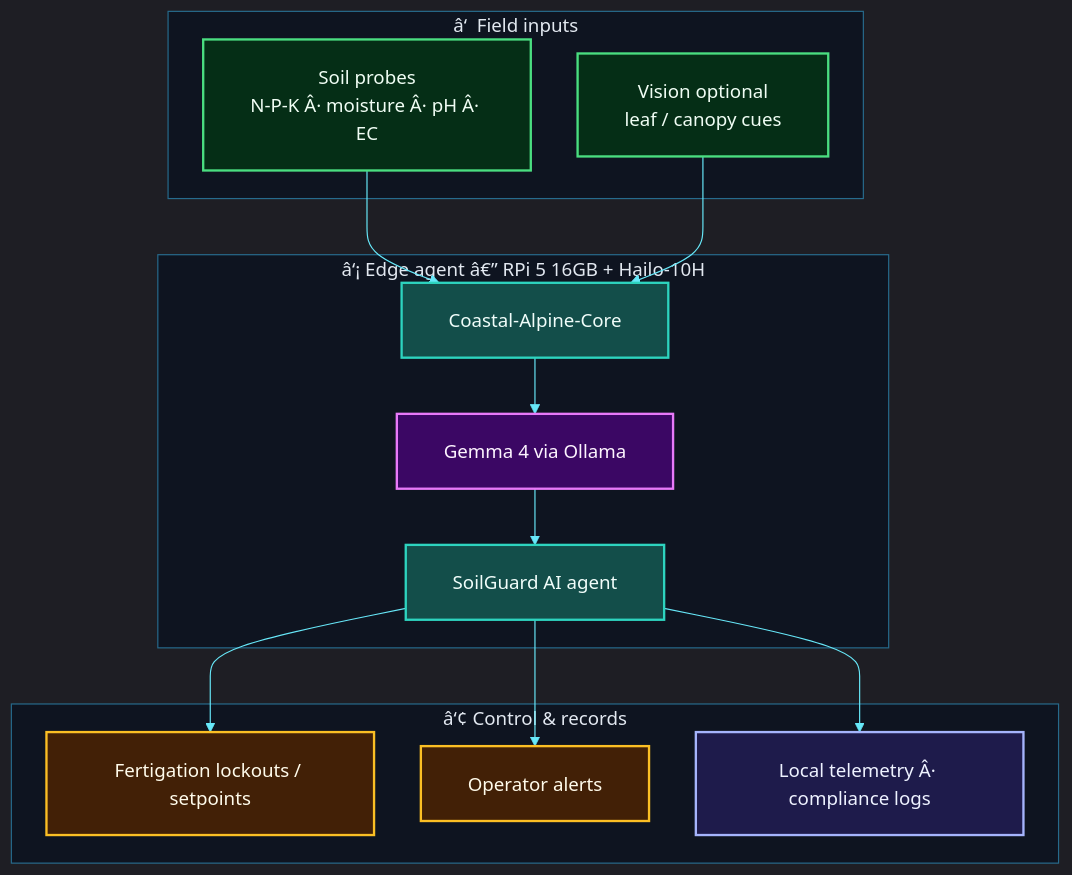
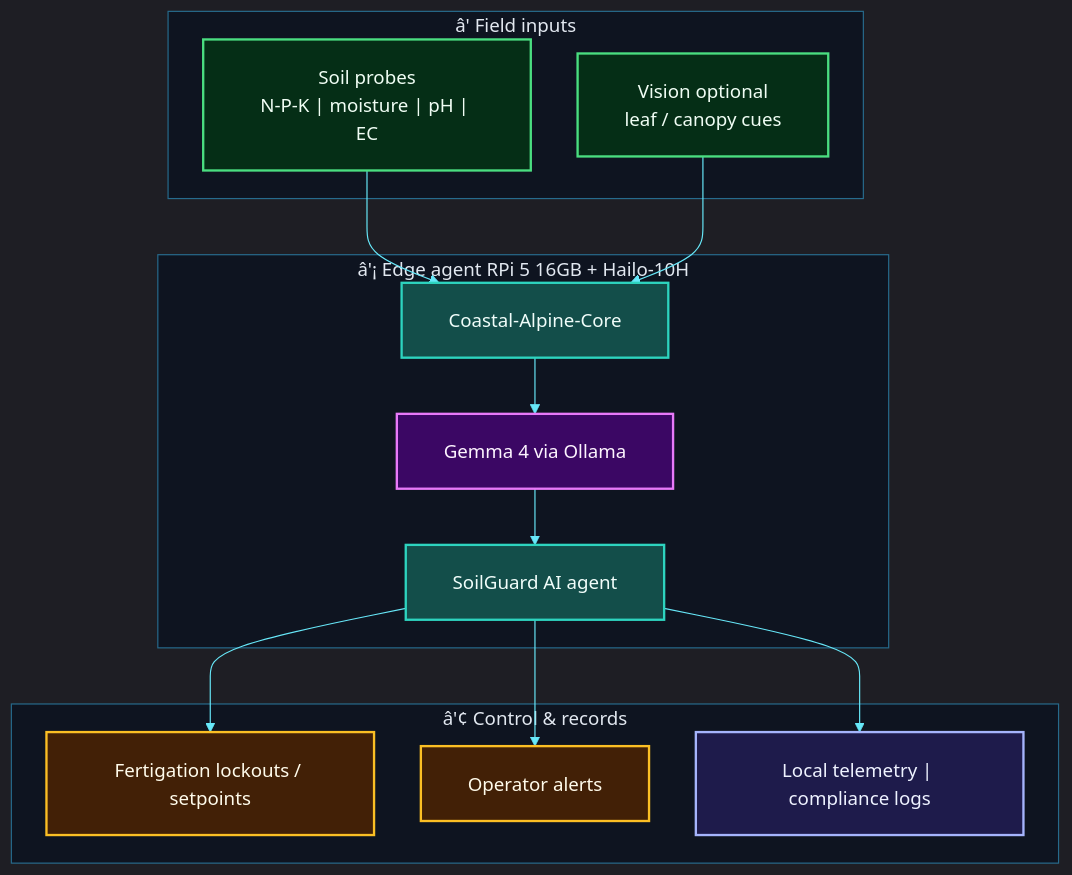
The diagram in README.md (fivepanelhat/SoilGuard-Portal), drawn with Mermaid before and after one commit. The commit also changed other lines of this file and 9 other files, not shown here.

````diff
--- a/README.md
+++ b/README.md
@@ -64,60 +64,60 @@
 ```mermaid
 %%{init: {
   "theme": "dark",
   "themeVariables": {
     "fontSize": "16px",
     "fontFamily": "Inter, ui-sans-serif, system-ui, sans-serif",
     "primaryColor": "#0ea5e9",
     "primaryTextColor": "#f8fafc",
     "primaryBorderColor": "#38bdf8",
     "lineColor": "#67e8f9",
     "secondaryColor": "#1e293b",
     "tertiaryColor": "#0f172a",
     "clusterBkg": "#0b1220cc",
     "clusterBorder": "#38bdf880",
     "titleColor": "#e2e8f0"
   },
   "flowchart": {
     "nodeSpacing": 40,
     "rankSpacing": 48,
     "padding": 20,
     "htmlLabels": true,
     "curve": "basis"
   }
 }}%%
 flowchart TB
 
     classDef sense fill:#052e16,stroke:#4ade80,stroke-width:2px,color:#f0fdf4
     classDef edge fill:#0c4a6e,stroke:#38bdf8,stroke-width:2px,color:#f0f9ff
     classDef core fill:#134e4a,stroke:#2dd4bf,stroke-width:2px,color:#f0fdfa
     classDef act fill:#422006,stroke:#fbbf24,stroke-width:2px,color:#fffbeb
     classDef store fill:#1e1b4b,stroke:#a5b4fc,stroke-width:2px,color:#eef2ff
     classDef ai fill:#3b0764,stroke:#e879f9,stroke-width:2px,color:#fdf4ff
     classDef app fill:#1e1b4b,stroke:#c4b5fd,stroke-width:2px,color:#eef2ff
 
-    subgraph IN["â‘  Field inputs"]
-        S["Soil probes<br/>N-P-K Â· moisture Â· pH Â· EC"]
+    subgraph IN["â'  Field inputs"]
+        S["Soil probes<br/>N-P-K | moisture | pH | EC"]
         V["Vision optional<br/>leaf / canopy cues"]
     end
 
-    subgraph EDGE["â‘¡ Edge agent â€” RPi 5 16GB + Hailo-10H"]
+    subgraph EDGE["â'¡ Edge agent  RPi 5 16GB + Hailo-10H"]
         CORE["Coastal-Alpine-Core"]
         LLM["Gemma 4 via Ollama"]
         AG["SoilGuard AI agent"]
     end
 
-    subgraph OUT["â‘¢ Control & records"]
+    subgraph OUT["â'¢ Control & records"]
         FERT["Fertigation lockouts / setpoints"]
         ALERT["Operator alerts"]
-        STORE["Local telemetry Â· compliance logs"]
+        STORE["Local telemetry | compliance logs"]
     end
 
     S & V --> CORE --> LLM --> AG
     AG --> FERT & ALERT & STORE
 
     class S,V sense
     class CORE,AG core
     class LLM ai
     class FERT,ALERT act
     class STORE store
 ```
````
